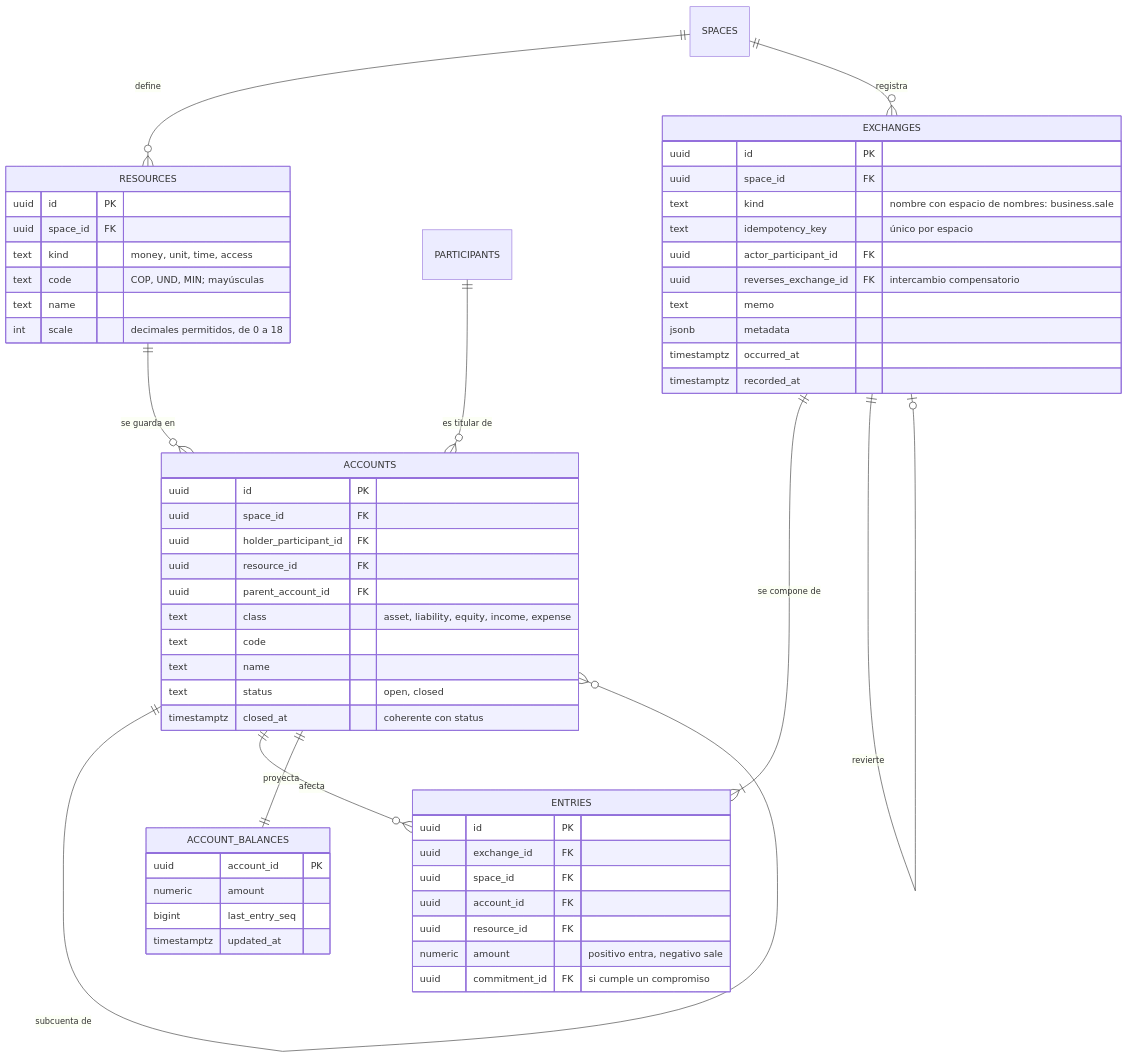
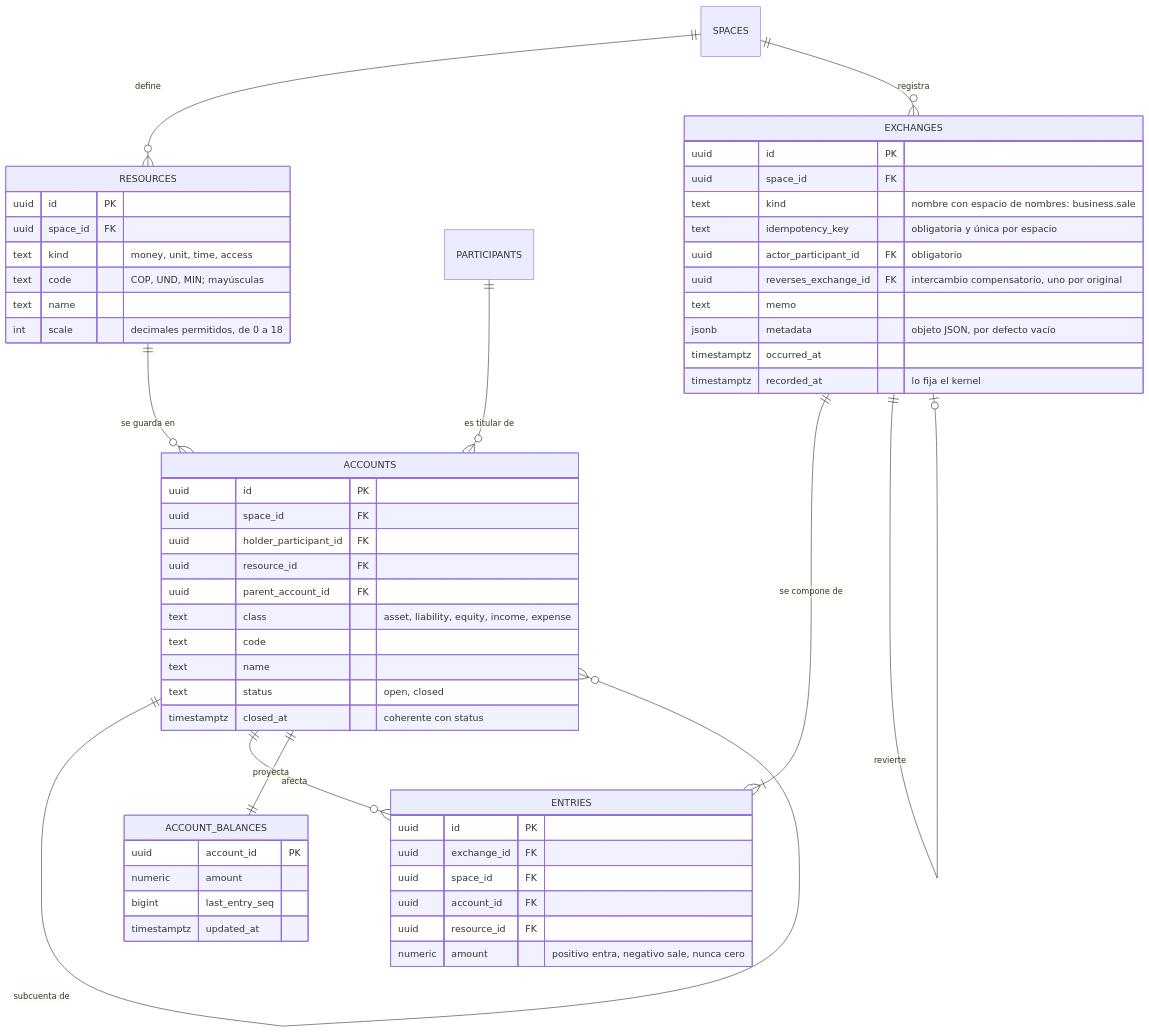
Before and after one commit to NexusThrive/nexusthrive: the second of 4 diagrams in docs/02-arquitectura/modelo-de-datos/kernel.md, drawn with Mermaid. The commit also changed other lines of this file and 2 other files, not shown here.

Commit message:
docs(HU-kernel-exchanges-08): document the ledger, the sprint report and the story states

````diff
--- a/docs/02-arquitectura/modelo-de-datos/kernel.md
+++ b/docs/02-arquitectura/modelo-de-datos/kernel.md
@@ -154,60 +154,59 @@
 ```mermaid
 erDiagram
     SPACES ||--o{ RESOURCES : "define"
     RESOURCES ||--o{ ACCOUNTS : "se guarda en"
     PARTICIPANTS ||--o{ ACCOUNTS : "es titular de"
     ACCOUNTS ||--o{ ACCOUNTS : "subcuenta de"
     SPACES ||--o{ EXCHANGES : "registra"
     EXCHANGES ||--|{ ENTRIES : "se compone de"
     ACCOUNTS ||--o{ ENTRIES : "afecta"
     EXCHANGES ||--o| EXCHANGES : "revierte"
     ACCOUNTS ||--|| ACCOUNT_BALANCES : "proyecta"
 
     RESOURCES {
         uuid id PK
         uuid space_id FK
         text kind "money, unit, time, access"
         text code "COP, UND, MIN; mayúsculas"
         text name
         int scale "decimales permitidos, de 0 a 18"
     }
     ACCOUNTS {
         uuid id PK
         uuid space_id FK
         uuid holder_participant_id FK
         uuid resource_id FK
         uuid parent_account_id FK
         text class "asset, liability, equity, income, expense"
         text code
         text name
         text status "open, closed"
         timestamptz closed_at "coherente con status"
     }
     EXCHANGES {
         uuid id PK
         uuid space_id FK
         text kind "nombre con espacio de nombres: business.sale"
-        text idempotency_key "único por espacio"
-        uuid actor_participant_id FK
-        uuid reverses_exchange_id FK "intercambio compensatorio"
+        text idempotency_key "obligatoria y única por espacio"
+        uuid actor_participant_id FK "obligatorio"
+        uuid reverses_exchange_id FK "intercambio compensatorio, uno por original"
         text memo
-        jsonb metadata
+        jsonb metadata "objeto JSON, por defecto vacío"
         timestamptz occurred_at
-        timestamptz recorded_at
+        timestamptz recorded_at "lo fija el kernel"
     }
     ENTRIES {
         uuid id PK
         uuid exchange_id FK
         uuid space_id FK
         uuid account_id FK
         uuid resource_id FK
-        numeric amount "positivo entra, negativo sale"
-        uuid commitment_id FK "si cumple un compromiso"
+        numeric amount "positivo entra, negativo sale, nunca cero"
     }
     ACCOUNT_BALANCES {
         uuid account_id PK
         numeric amount
         bigint last_entry_seq
         timestamptz updated_at
     }
 ```
````
